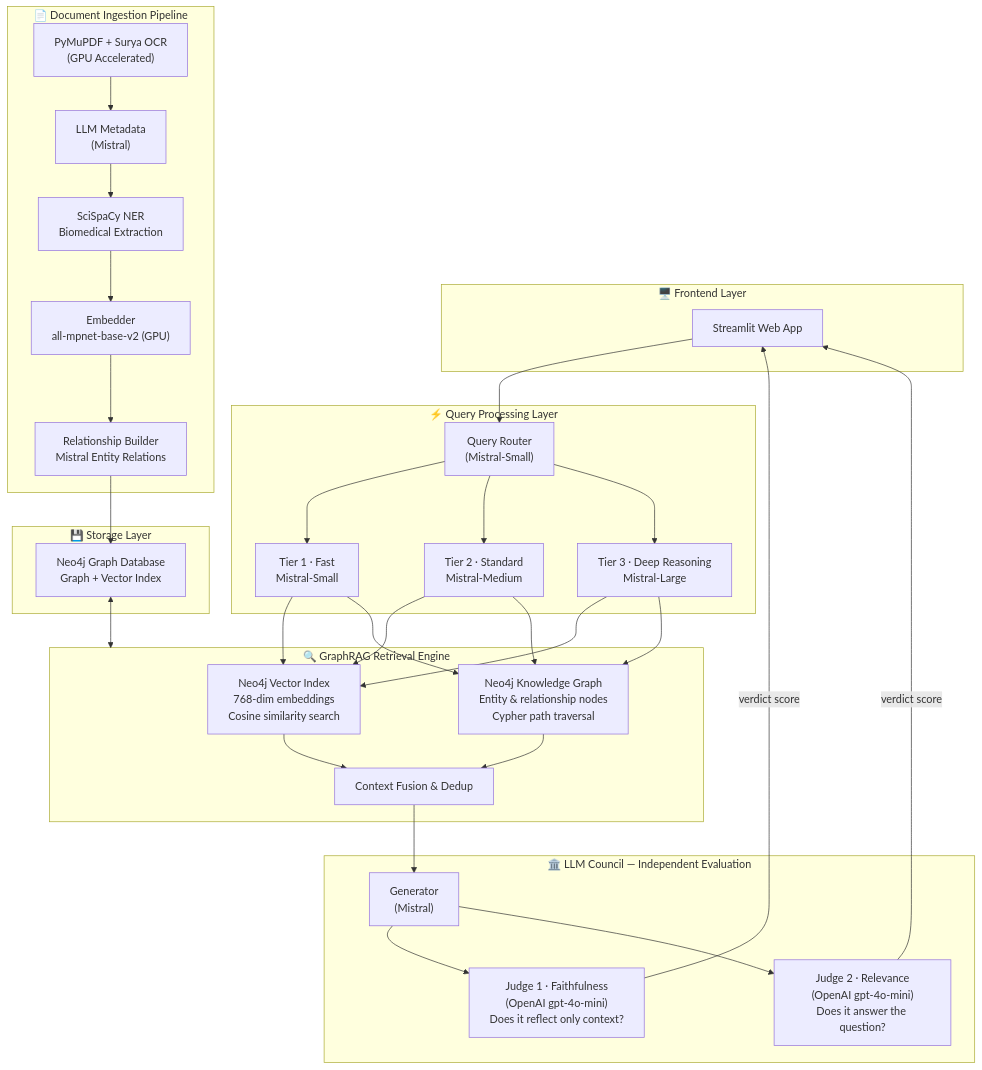
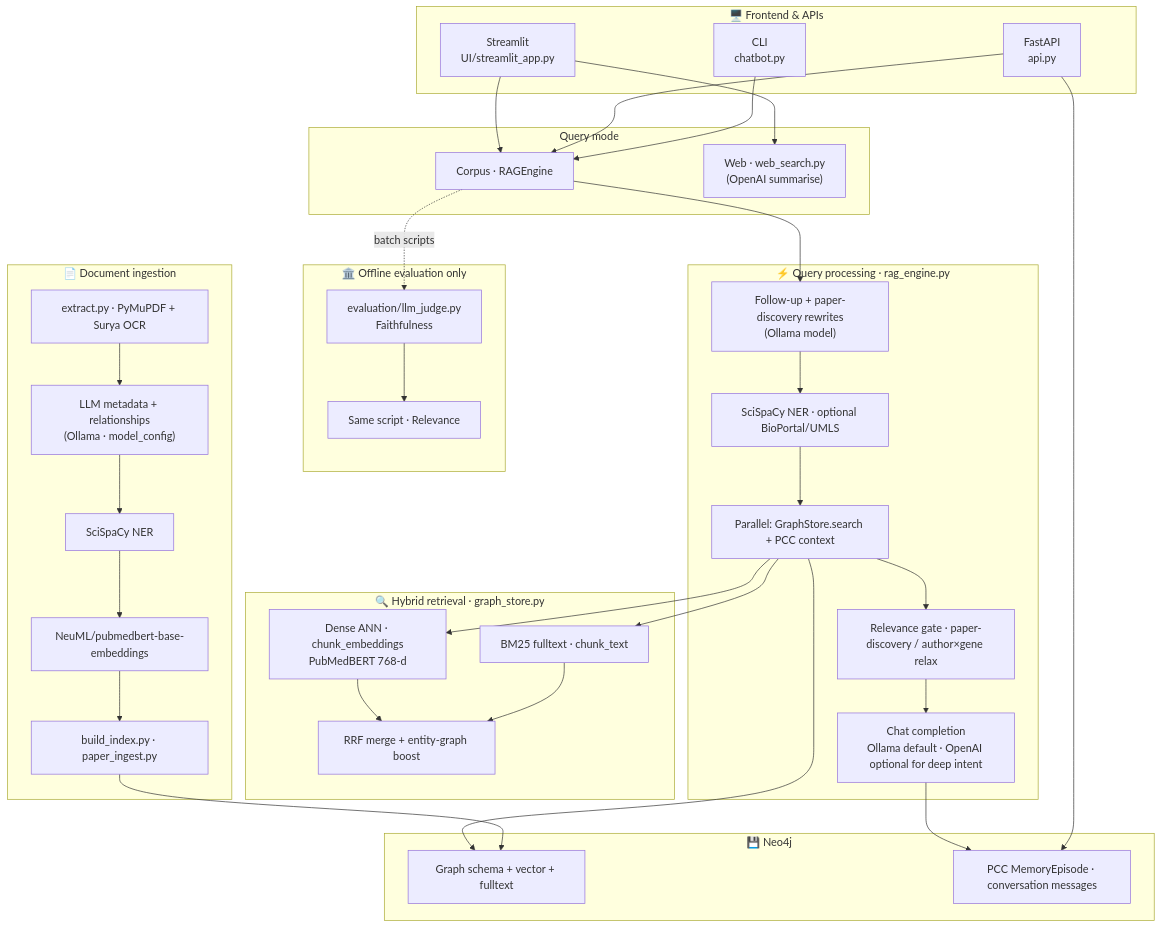
The first of 3 diagrams in docs/graphrag_blueprint.md (PradeepVepada/decifur.ai), drawn with Mermaid before and after one commit. The commit also changed other lines of this file and 72 other files, not shown here.

````diff
--- a/docs/graphrag_blueprint.md
+++ b/docs/graphrag_blueprint.md
@@ -11,50 +13,63 @@
 ```mermaid
-graph TB
-    subgraph Frontend["🖥️ Frontend Layer"]
-        UI["Streamlit Web App"]
+flowchart TB
+    subgraph Frontend["🖥️ Frontend & APIs"]
+        UI["Streamlit\nUI/streamlit_app.py"]
+        API["FastAPI\napi.py"]
+        CLI["CLI\nchatbot.py"]
     end
 
-    subgraph QueryEngine["⚡ Query Processing Layer"]
-        QR["Query Router<br/>(Mistral-Small)"]
-        FAST["Tier 1 · Fast<br/>Mistral-Small"]
-        STD["Tier 2 · Standard<br/>Mistral-Medium"]
-        DEEP["Tier 3 · Deep Reasoning<br/>Mistral-Large"]
+    subgraph Modes["Query mode"]
+        CORP["Corpus · RAGEngine"]
+        WEB["Web · web_search.py\n(OpenAI summarise)"]
     end
 
-    subgraph GraphRAG["🔍 GraphRAG Retrieval Engine"]
-        VEC["Neo4j Vector Index<br/>768-dim embeddings<br/>Cosine similarity search"]
-        KG["Neo4j Knowledge Graph<br/>Entity & relationship nodes<br/>Cypher path traversal"]
-        FUSE["Context Fusion & Dedup"]
+    subgraph QueryEngine["⚡ Query processing · rag_engine.py"]
+        RW["Follow-up + paper-discovery rewrites\n(Ollama model)"]
+        NER["SciSpaCy NER · optional BioPortal/UMLS"]
+        PREP["Parallel: GraphStore.search + PCC context"]
+        GATE["Relevance gate · paper-discovery / author×gene relax"]
+        GEN["Chat completion\nOllama default · OpenAI optional for deep intent"]
     end
 
-    subgraph Evaluation["🏛️ LLM Council — Independent Evaluation"]
-        GEN["Generator<br/>(Mistral)"]
-        J1["Judge 1 · Faithfulness<br/>(OpenAI gpt-4o-mini)<br/>Does it reflect only context?"]
-        J2["Judge 2 · Relevance<br/>(OpenAI gpt-4o-mini)<br/>Does it answer the question?"]
+    subgraph GraphRAG["🔍 Hybrid retrieval · graph_store.py"]
+        VEC["Dense ANN · chunk_embeddings\nPubMedBERT 768-d"]
+        FT["BM25 fulltext · chunk_text"]
+        FUSE["RRF merge + entity-graph boost"]
     end
 
-    subgraph Ingestion["📄 Document Ingestion Pipeline"]
-        PDF["PyMuPDF + Surya OCR<br/>(GPU Accelerated)"]
-        META["LLM Metadata<br/>(Mistral)"]
-        NLP["SciSpaCy NER<br/>Biomedical Extraction"]
-        EMBED["Embedder<br/>all-mpnet-base-v2 (GPU)"]
-        REL["Relationship Builder<br/>Mistral Entity Relations"]
+    subgraph Storage["💾 Neo4j"]
+        NEO["Graph schema + vector + fulltext"]
+        MEM["PCC MemoryEpisode · conversation messages"]
     end
 
-    subgraph Storage["💾 Storage Layer"]
-        NEO["Neo4j Graph Database<br/>Graph + Vector Index"]
+    subgraph Evaluation["🏛️ Offline evaluation only"]
+        J1["evaluation/llm_judge.py\nFaithfulness"]
+        J2["Same script · Relevance"]
     end
 
-    UI --> QR
-    QR --> FAST
-    QR --> STD
-    QR --> DEEP
-    FAST & STD & DEEP --> VEC & KG
+    subgraph Ingestion["📄 Document ingestion"]
+        PDF["extract.py · PyMuPDF + Surya OCR"]
+        META["LLM metadata + relationships\n(Ollama · model_config)"]
+        NLP["SciSpaCy NER"]
+        EMBED["NeuML/pubmedbert-base-embeddings"]
+        IDX["build_index.py · paper_ingest.py"]
+    end
+
+    UI --> CORP
+    UI --> WEB
+    API --> CORP
+    CLI --> CORP
+
+    CORP --> RW --> NER --> PREP --> GATE --> GEN
+    PREP --> VEC
+    PREP --> FT
     VEC --> FUSE
-    KG --> FUSE
-    FUSE --> GEN
-    GEN --> J1 & J2
-    J1 & J2 -->|verdict score| UI
-    PDF --> META --> NLP --> EMBED --> REL --> NEO
-    NEO <--> GraphRAG
+    FT --> FUSE
+    PREP --> NEO
+    GEN --> MEM
+    API --> MEM
+
+    PDF --> META --> NLP --> EMBED --> IDX --> NEO
+    CORP -.->|batch scripts| J1
+    J1 --> J2
 ```
````
